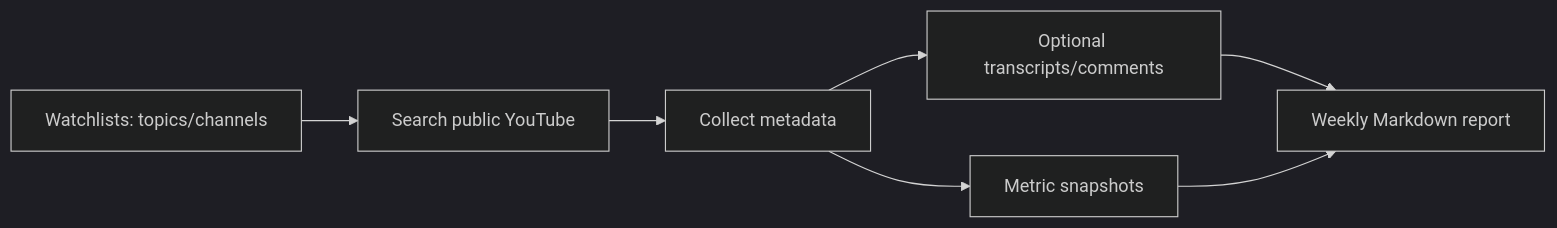
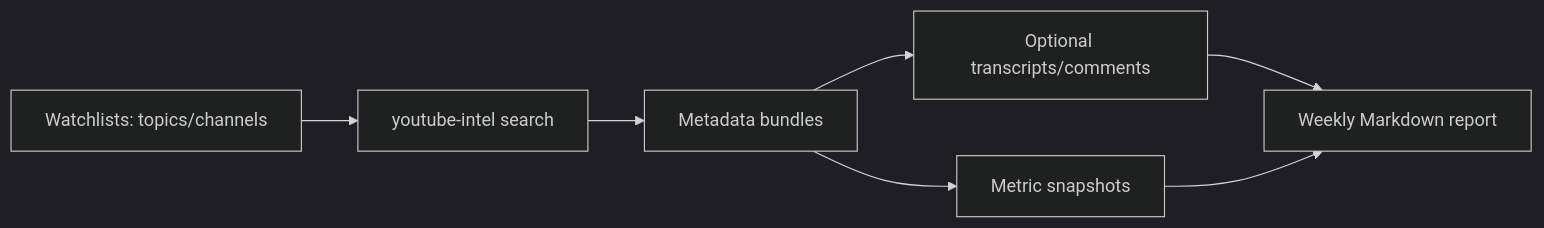
The diagram in README.md (AlekseiUL/youtube-intelligence-stack), drawn with Mermaid (dark theme) before and after one commit. The commit also changed other lines of this file and 19 other files, not shown here.

Commit message:
[verified] feat: add installable youtube-intel CLI

````diff
--- a/README.md
+++ b/README.md
@@ -25,9 +25,9 @@
 ```mermaid
 flowchart LR
-    A[Watchlists: topics/channels] --> B[Search public YouTube]
-    B --> C[Collect metadata]
+    A[Watchlists: topics/channels] --> B[youtube-intel search]
+    B --> C[Metadata bundles]
     C --> D[Optional transcripts/comments]
     C --> E[Metric snapshots]
     D --> F[Weekly Markdown report]
     E --> F
 ```
````
